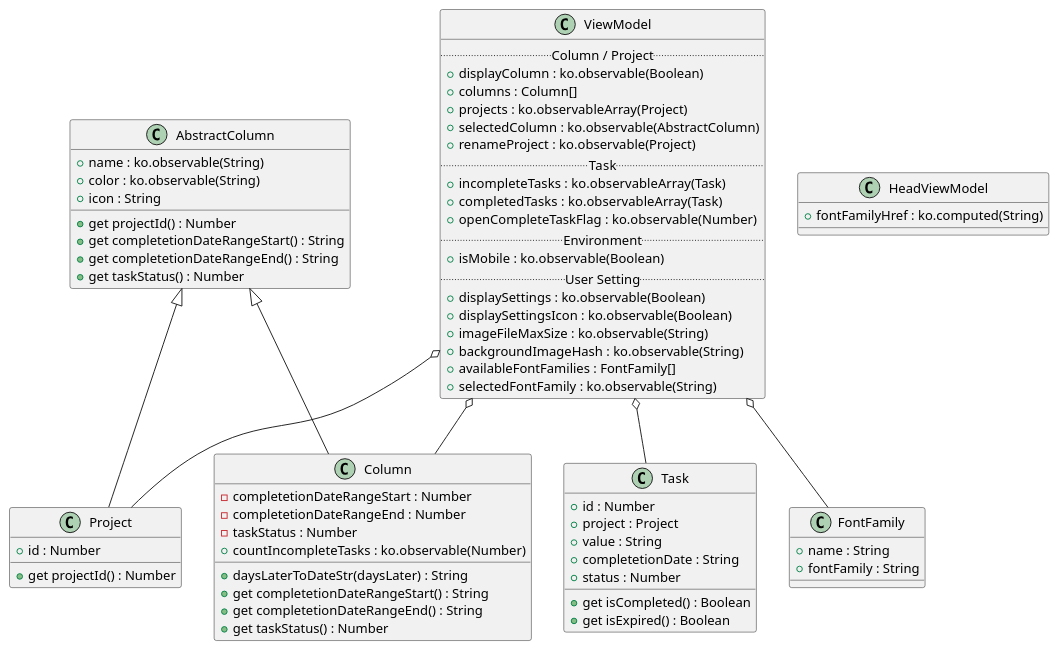
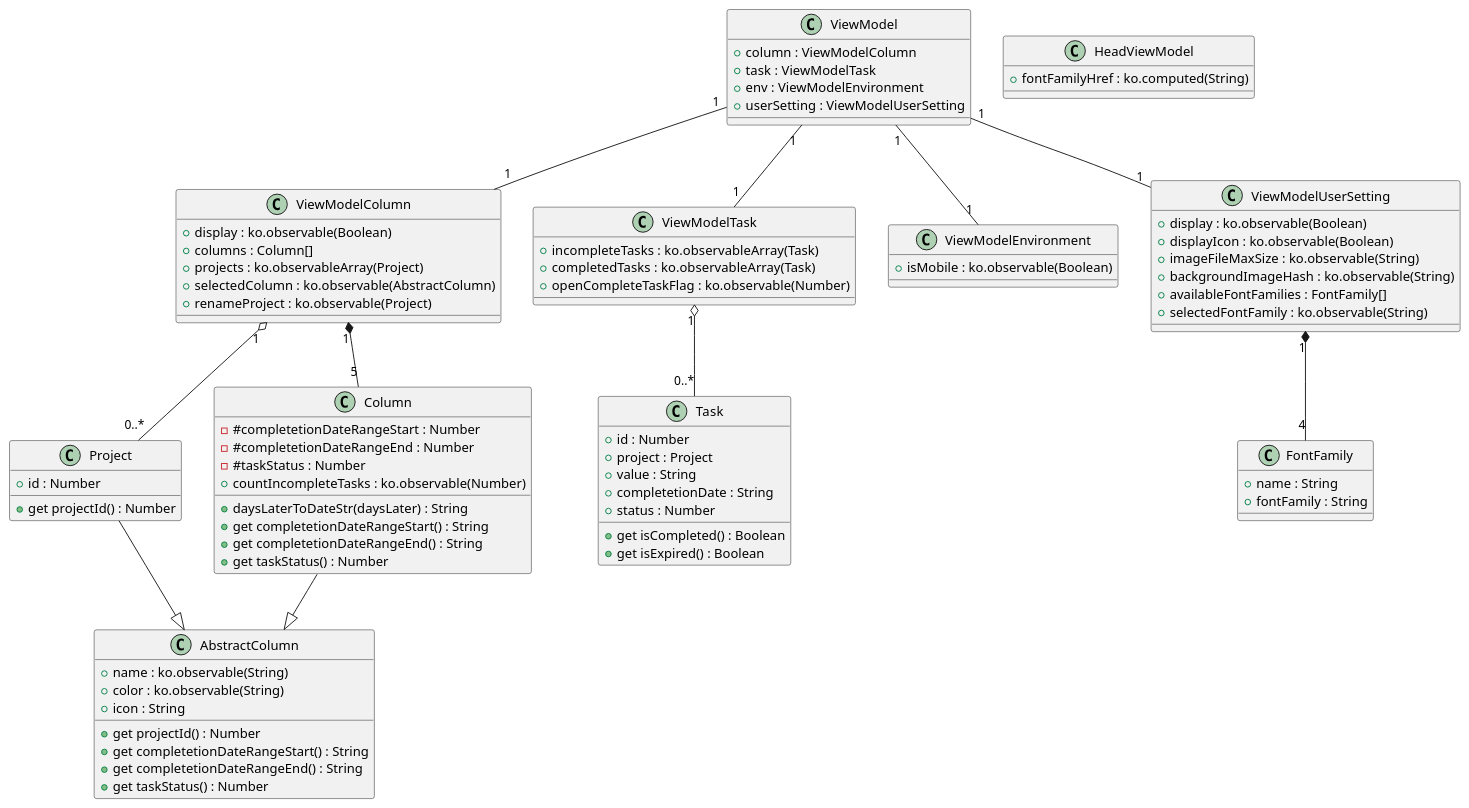
One commit to gtgjpj/todoApp changed the diagram in todo/class.puml. Above: the diagram before and after it, drawn with PlantUML. The commit also changed 3 other files, not shown here.

```diff
--- a/todo/class.puml
+++ b/todo/class.puml
@@ -1,75 +1,91 @@
 @startuml
 class ViewModel {
-  .. Column / Project ..
-  {field} +displayColumn : ko.observable(Boolean)
+  {field} +column : ViewModelColumn
+  {field} +task : ViewModelTask
+  {field} +env : ViewModelEnvironment
+  {field} +userSetting : ViewModelUserSetting
+}
+
+class ViewModelColumn {
+  {field} +display : ko.observable(Boolean)
   +columns : Column[]
   {field} +projects : ko.observableArray(Project)
   {field} +selectedColumn : ko.observable(AbstractColumn)
   {field} +renameProject : ko.observable(Project)
-  .. Task ..
+}
+
+class ViewModelTask {
   {field} +incompleteTasks : ko.observableArray(Task)
   {field} +completedTasks : ko.observableArray(Task)
   {field} +openCompleteTaskFlag : ko.observable(Number)
-  .. Environment ..
+}
+
+class ViewModelEnvironment {
   {field} +isMobile : ko.observable(Boolean)
-  .. User Setting ..
-  {field} +displaySettings : ko.observable(Boolean)
-  {field} +displaySettingsIcon : ko.observable(Boolean)
+}
+
+class ViewModelUserSetting {
+  {field} +display : ko.observable(Boolean)
+  {field} +displayIcon : ko.observable(Boolean)
   {field} +imageFileMaxSize : ko.observable(String)
   {field} +backgroundImageHash : ko.observable(String)
   +availableFontFamilies : FontFamily[]
   {field} +selectedFontFamily : ko.observable(String)
 }
 
 class AbstractColumn {
   {field} +name : ko.observable(String)
   {field} +color : ko.observable(String)
   +icon : String
   +get projectId() : Number
   +get completetionDateRangeStart() : String
   +get completetionDateRangeEnd() : String
   +get taskStatus() : Number
 }
 
 class Project {
   +id : Number
   +get projectId() : Number
 }
 
 class Column {
-  -completetionDateRangeStart : Number
-  -completetionDateRangeEnd : Number
-  -taskStatus : Number
+  -#completetionDateRangeStart : Number
+  -#completetionDateRangeEnd : Number
+  -#taskStatus : Number
   {field} +countIncompleteTasks : ko.observable(Number)
   +daysLaterToDateStr(daysLater) : String
   +get completetionDateRangeStart() : String
   +get completetionDateRangeEnd() : String
   +get taskStatus() : Number
 }
 
 class Task {
   +id : Number
   +project : Project
   +value : String
   +completetionDate : String
   +status : Number
   +get isCompleted() : Boolean
   +get isExpired() : Boolean
 }
 
 class HeadViewModel {
   {field} +fontFamilyHref : ko.computed(String)
 }
 
 class FontFamily {
   +name : String
   +fontFamily : String
 }
 
-AbstractColumn <|-- Column
-AbstractColumn <|-- Project
-ViewModel o-- Column
-ViewModel o-- Project
-ViewModel o-- Task
-ViewModel o-- FontFamily
+AbstractColumn <|-u- Column
+AbstractColumn <|-u- Project
+ViewModel "1" -- "1" ViewModelColumn
+ViewModel "1" -- "1" ViewModelTask
+ViewModel "1" -- "1" ViewModelEnvironment
+ViewModel "1" -- "1" ViewModelUserSetting
+ViewModelColumn "1" *-- "5" Column
+ViewModelColumn "1" o-- "0..*" Project
+ViewModelTask "1" o-- "0..*" Task
+ViewModelUserSetting "1" *-- "4" FontFamily
 @enduml
```
